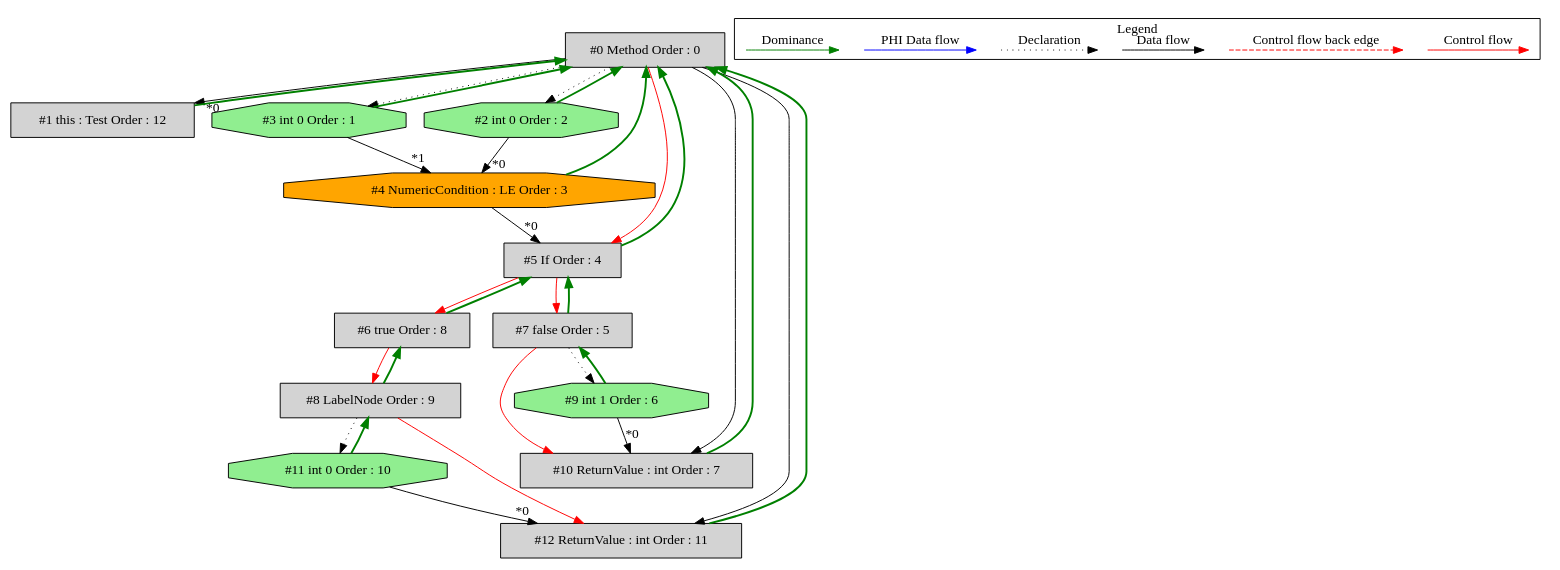
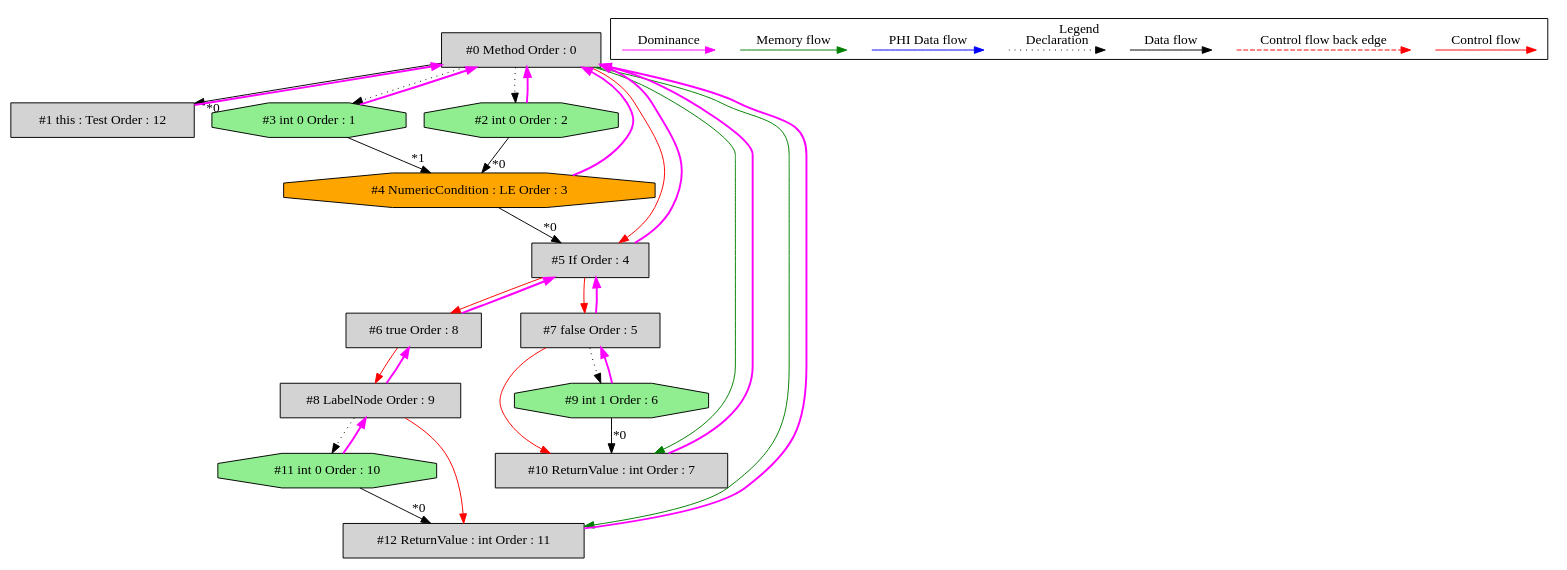
The diagram in de.mirkosertic.metair.ir.OpcodeIFLETest/test_IFLE/ir_dominatortree.dot (mirkosertic/MetaIR), drawn with Graphviz before and after one commit. The commit also changed 1502 other files, not shown here.

```diff
--- a/de.mirkosertic.metair.ir.OpcodeIFLETest/test_IFLE/ir_dominatortree.dot
+++ b/de.mirkosertic.metair.ir.OpcodeIFLETest/test_IFLE/ir_dominatortree.dot
@@ -1,72 +1,75 @@
 digraph debugoutput {
  ordering="in";
  node0[label="#0 Method Order : 0",shape=box, fillcolor=lightgrey, style=filled];
  node1[label="#1 this : Test Order : 12",shape=box, fillcolor=lightgrey, style=filled];
- node1 -> node0[dir="forward" color="green" penwidth="2"];
+ node1 -> node0[dir="forward" color="fuchsia" penwidth="2"];
  node0 -> node1[headlabel="*0", labeldistance=2];
  node2[label="#2 int 0 Order : 2",shape=octagon, fillcolor=lightgreen, style=filled];
- node2 -> node0[dir="forward" color="green" penwidth="2"];
+ node2 -> node0[dir="forward" color="fuchsia" penwidth="2"];
  node0 -> node2[style=dotted];
  node3[label="#3 int 0 Order : 1",shape=octagon, fillcolor=lightgreen, style=filled];
- node3 -> node0[dir="forward" color="green" penwidth="2"];
+ node3 -> node0[dir="forward" color="fuchsia" penwidth="2"];
  node0 -> node3[style=dotted];
  node4[label="#4 NumericCondition : LE Order : 3",shape=octagon, fillcolor=orange, style=filled];
- node4 -> node0[dir="forward" color="green" penwidth="2"];
+ node4 -> node0[dir="forward" color="fuchsia" penwidth="2"];
  node2 -> node4[headlabel="*0", labeldistance=2];
  node3 -> node4[headlabel="*1", labeldistance=2];
  node5[label="#5 If Order : 4",shape=box, fillcolor=lightgrey, style=filled];
- node5 -> node0[dir="forward" color="green" penwidth="2"];
+ node5 -> node0[dir="forward" color="fuchsia" penwidth="2"];
  node4 -> node5[headlabel="*0", labeldistance=2];
  node0 -> node5[labeldistance=2, color=red, fontcolor=red];
  node6[label="#6 true Order : 8",shape=box, fillcolor=lightgrey, style=filled];
- node6 -> node5[dir="forward" color="green" penwidth="2"];
+ node6 -> node5[dir="forward" color="fuchsia" penwidth="2"];
  node5 -> node6[labeldistance=2, color=red, fontcolor=red];
  node7[label="#7 false Order : 5",shape=box, fillcolor=lightgrey, style=filled];
- node7 -> node5[dir="forward" color="green" penwidth="2"];
+ node7 -> node5[dir="forward" color="fuchsia" penwidth="2"];
  node5 -> node7[labeldistance=2, color=red, fontcolor=red];
  node8[label="#8 LabelNode Order : 9",shape=box, fillcolor=lightgrey, style=filled];
- node8 -> node6[dir="forward" color="green" penwidth="2"];
+ node8 -> node6[dir="forward" color="fuchsia" penwidth="2"];
  node6 -> node8[labeldistance=2, color=red, fontcolor=red];
  node9[label="#9 int 1 Order : 6",shape=octagon, fillcolor=lightgreen, style=filled];
- node9 -> node7[dir="forward" color="green" penwidth="2"];
+ node9 -> node7[dir="forward" color="fuchsia" penwidth="2"];
  node7 -> node9[style=dotted];
  node10[label="#10 ReturnValue : int Order : 7",shape=box, fillcolor=lightgrey, style=filled];
- node10 -> node0[dir="forward" color="green" penwidth="2"];
+ node10 -> node0[dir="forward" color="fuchsia" penwidth="2"];
  node9 -> node10[headlabel="*0", labeldistance=2];
  node7 -> node10[labeldistance=2, color=red, fontcolor=red];
- node0 -> node10;
+ node0 -> node10[labeldistance=2, color=green, constraint=false];
  node11[label="#11 int 0 Order : 10",shape=octagon, fillcolor=lightgreen, style=filled];
- node11 -> node8[dir="forward" color="green" penwidth="2"];
+ node11 -> node8[dir="forward" color="fuchsia" penwidth="2"];
  node8 -> node11[style=dotted];
  node12[label="#12 ReturnValue : int Order : 11",shape=box, fillcolor=lightgrey, style=filled];
- node12 -> node0[dir="forward" color="green" penwidth="2"];
+ node12 -> node0[dir="forward" color="fuchsia" penwidth="2"];
  node11 -> node12[headlabel="*0", labeldistance=2];
  node8 -> node12[labeldistance=2, color=red, fontcolor=red];
- node0 -> node12;
+ node0 -> node12[labeldistance=2, color=green, constraint=false];
  subgraph cluster_000 {
   label = "Legend";
   node [shape=point]
   {
    rank=same;
    c0 [style = invis];
    c1 [style = invis];
    c2 [style = invis];
    c3 [style = invis];
    d0 [style = invis];
    d1 [style = invis];
    d2 [style = invis];
    d3 [style = invis];
    d4 [style = invis];
    d5 [style = invis];
    d6 [style = invis];
    d7 [style = invis];
+   d8 [style = invis];
+   d9 [style = invis];
   }
   c0 -> c1 [label="Control flow", style=solid, color=red]
   c2 -> c3 [label="Control flow back edge", style=dashed, color=red]
   d0 -> d1 [label="Data flow"]
   d2 -> d3 [label="Declaration", style=dotted]
   d4 -> d5 [label="PHI Data flow", color=blue]
-  d6 -> d7 [label="Dominance", color=green]
+  d6 -> d7 [label="Memory flow", color=green]
+  d8 -> d9 [label="Dominance", color=fuchsia, style=solid]
  }
 
 }
```
